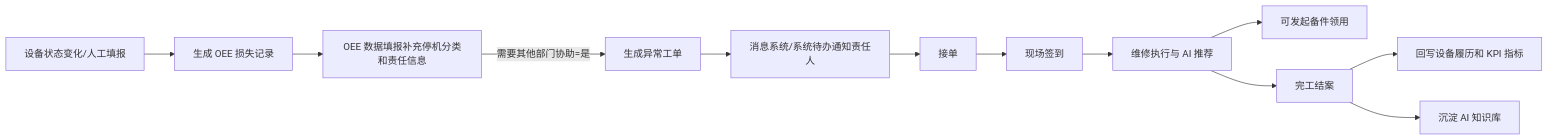
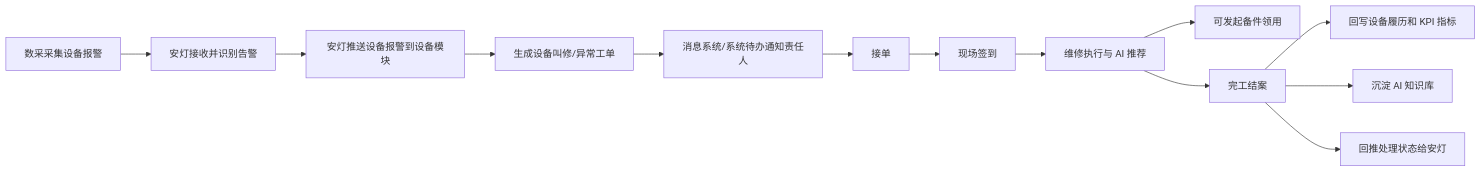
Before and after one commit to front-yummy/equipment-management-standard: the first of 4 diagrams in 需求分析/00-总览与跨模块链路.md, drawn with Mermaid. The commit also changed other lines of this file and 3 other files, not shown here.

````diff
--- a/需求分析/00-总览与跨模块链路.md
+++ b/需求分析/00-总览与跨模块链路.md
@@ -33,14 +33,15 @@
 ```mermaid
 flowchart LR
-    A[设备状态变化/人工填报] --> B[生成 OEE 损失记录]
-    B --> C[OEE 数据填报补充停机分类和责任信息]
-    C -->|需要其他部门协助=是| D[生成异常工单]
+    A[数采采集设备报警] --> B[安灯接收并识别告警]
+    B --> C[安灯推送设备报警到设备模块]
+    C --> D[生成设备叫修/异常工单]
     D --> E[消息系统/系统待办通知责任人]
     E --> F[接单]
     F --> G[现场签到]
     G --> H[维修执行与 AI 推荐]
     H --> I[可发起备件领用]
     H --> J[完工结案]
     J --> K[回写设备履历和 KPI 指标]
     J --> L[沉淀 AI 知识库]
+    J --> M[回推处理状态给安灯]
 ```
````
